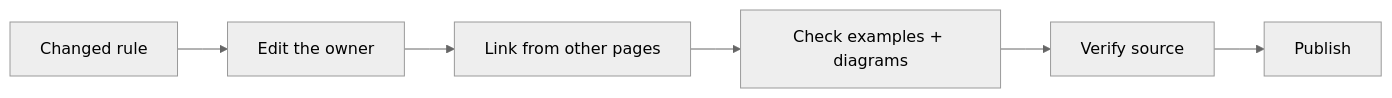
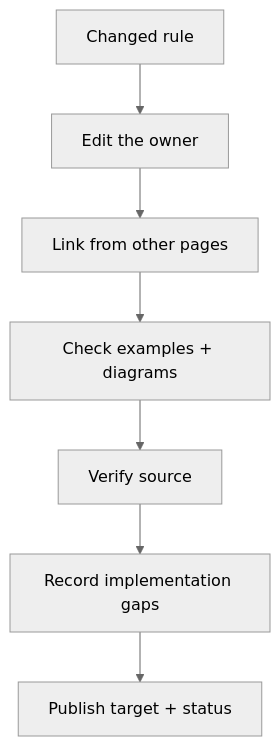
The diagram in Documentation-Maintenance.md (markhuangai/dense-mem), drawn with Mermaid (neutral theme) before and after one commit. The commit also changed other lines of this file and 5 other files, not shown here.

````diff
--- a/Documentation-Maintenance.md
+++ b/Documentation-Maintenance.md
@@ -40,9 +51,10 @@
 ```mermaid
 %%{init: {"flowchart": {"curve": "linear"}}}%%
-flowchart LR
+flowchart TB
   Claim["Changed rule"] --> Owner["Edit the owner"]
   Owner --> Links["Link from other pages"]
   Links --> Examples["Check examples + diagrams"]
   Examples --> Validate["Verify source"]
-  Validate --> Publish["Publish"]
+  Validate --> Status["Record implementation gaps"]
+  Status --> Publish["Publish target + status"]
 ```
````
